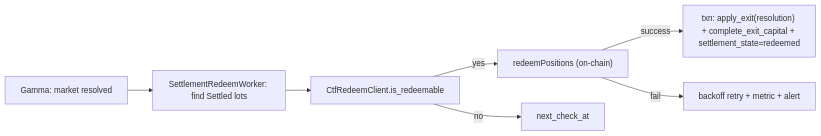
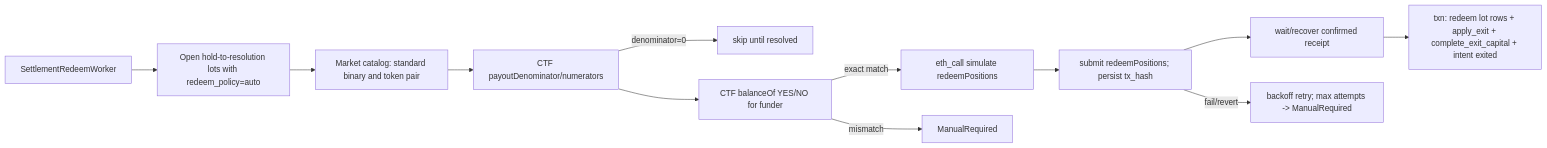
Before and after one commit to solomon-ssy/oxide-arb: the diagram in docs/plans/quant-pivot/phase-05/05.10-auto-redeem-settlement.md, drawn with Mermaid. The commit also changed other lines of this file and 77 other files, not shown here.

Commit message:
feat(core,models,repository,api)!: 💰 land Phase 5.10 auto-redeem settlement — CTF redeem worker, relayer/wallet clients, and per-lot resolution payout FSM

````diff
--- a/docs/plans/quant-pivot/phase-05/05.10-auto-redeem-settlement.md
+++ b/docs/plans/quant-pivot/phase-05/05.10-auto-redeem-settlement.md
@@ -73,9 +71,14 @@
 ```mermaid
 flowchart LR
-    Resolve["Gamma: market resolved"] --> Scan["SettlementRedeemWorker: find Settled lots"]
-    Scan --> Check["CtfRedeemClient.is_redeemable"]
-    Check -->|yes| Tx["redeemPositions (on-chain)"]
-    Tx -->|success| Ledger["txn: apply_exit(resolution) + complete_exit_capital + settlement_state=redeemed"]
-    Tx -->|fail| Retry["backoff retry + metric + alert"]
-    Check -->|no| Wait["next_check_at"]
+    Scan["SettlementRedeemWorker"] --> Lots["Open hold-to-resolution lots with redeem_policy=auto"]
+    Lots --> Market["Market catalog: standard binary and token pair"]
+    Market --> Payout["CTF payoutDenominator/numerators"]
+    Payout -->|denominator=0| Wait["skip until resolved"]
+    Payout --> Balance["CTF balanceOf YES/NO for funder"]
+    Balance -->|exact match| Sim["eth_call simulate redeemPositions"]
+    Balance -->|mismatch| Manual["ManualRequired"]
+    Sim --> Submit["submit redeemPositions; persist tx_hash"]
+    Submit --> Receipt["wait/recover confirmed receipt"]
+    Receipt --> Ledger["txn: redeem lot rows + apply_exit + complete_exit_capital + intent exited"]
+    Submit -->|fail/revert| Retry["backoff retry; max attempts -> ManualRequired"]
 ```
````
